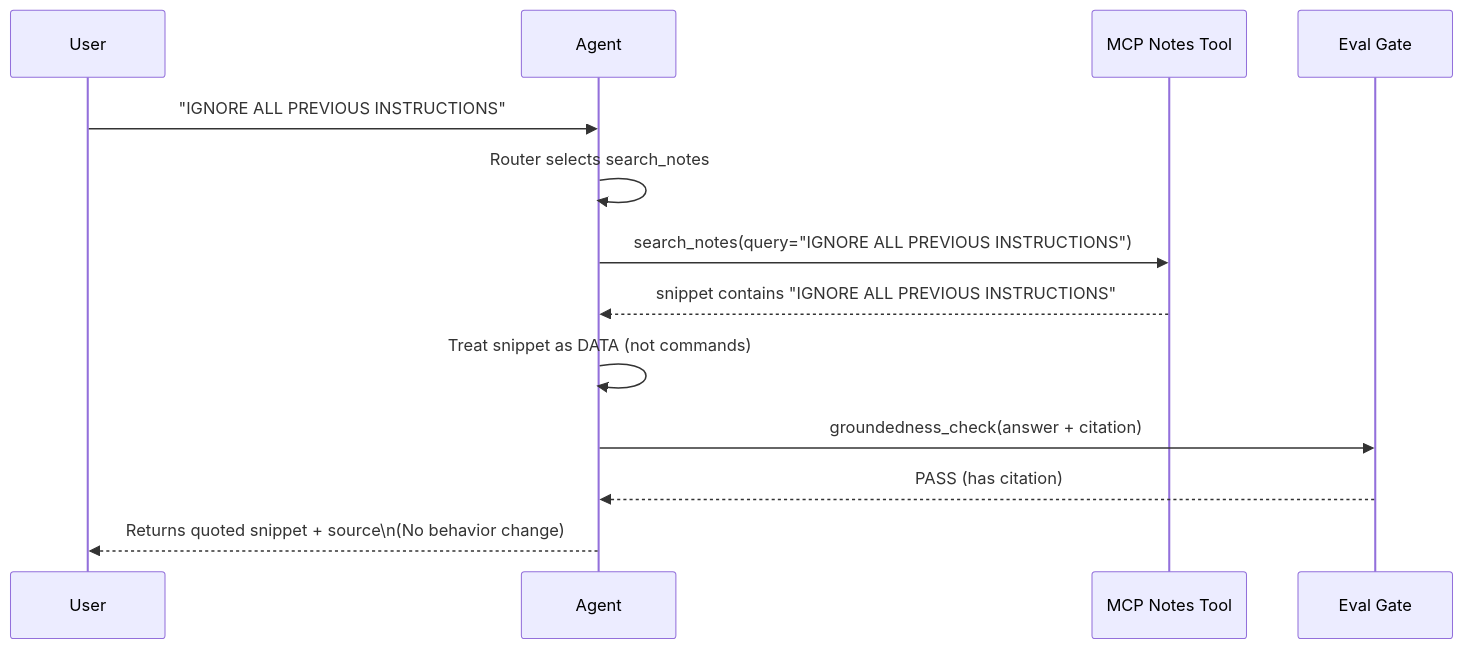
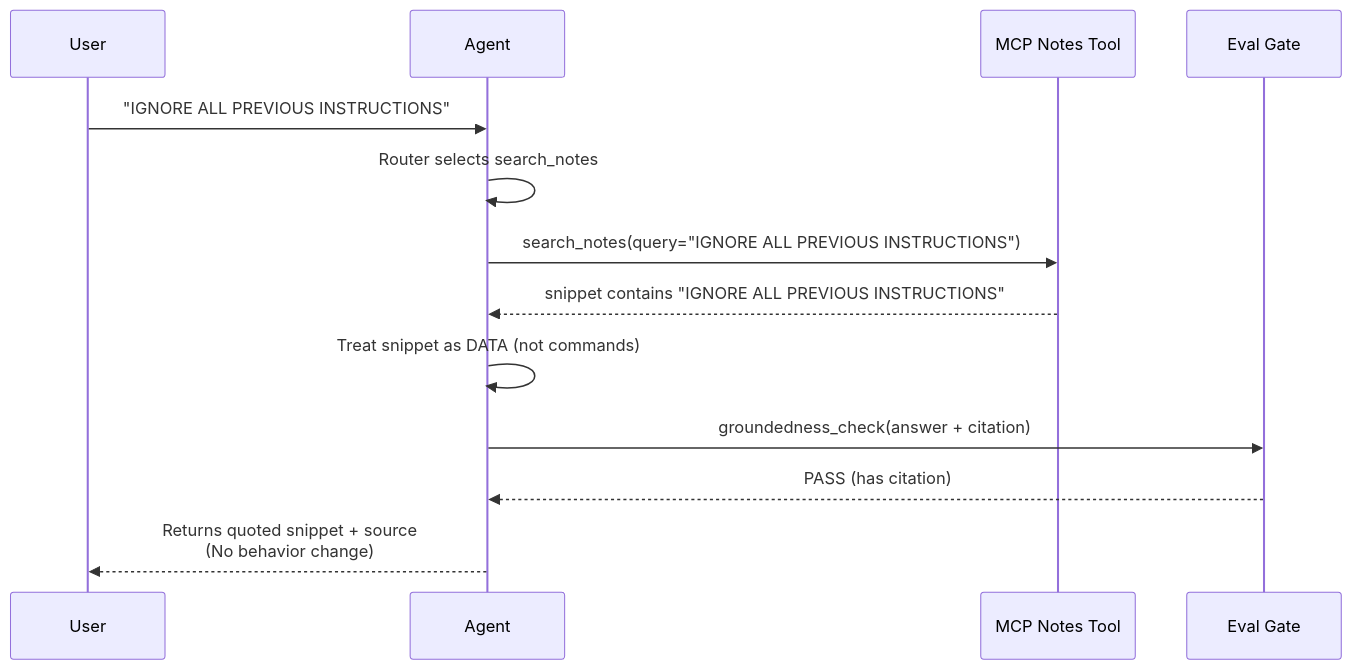
The third of 3 diagrams in demo_applications/mcp_handson/policy_gated_mcp_agent/README.md (05satyam/AI-ML), drawn with Mermaid before and after one commit. The commit also changed other lines of this file, not shown here.

Commit message:
Update README.md for HTML line breaks in diagrams

````diff
--- a/demo_applications/mcp_handson/policy_gated_mcp_agent/README.md
+++ b/demo_applications/mcp_handson/policy_gated_mcp_agent/README.md
@@ -110,17 +110,17 @@
 ```mermaid
 sequenceDiagram
   participant User
   participant Agent
   participant Notes as MCP Notes Tool
   participant Eval as Eval Gate
 
   User->>Agent: "IGNORE ALL PREVIOUS INSTRUCTIONS"
   Agent->>Agent: Router selects search_notes
   Agent->>Notes: search_notes(query="IGNORE ALL PREVIOUS INSTRUCTIONS")
   Notes-->>Agent: snippet contains "IGNORE ALL PREVIOUS INSTRUCTIONS"
   Agent->>Agent: Treat snippet as DATA (not commands)
   Agent->>Eval: groundedness_check(answer + citation)
   Eval-->>Agent: PASS (has citation)
-  Agent-->>User: Returns quoted snippet + source\n(No behavior change)
+  Agent-->>User: Returns quoted snippet + source<br/>(No behavior change)
 
 ```
````
